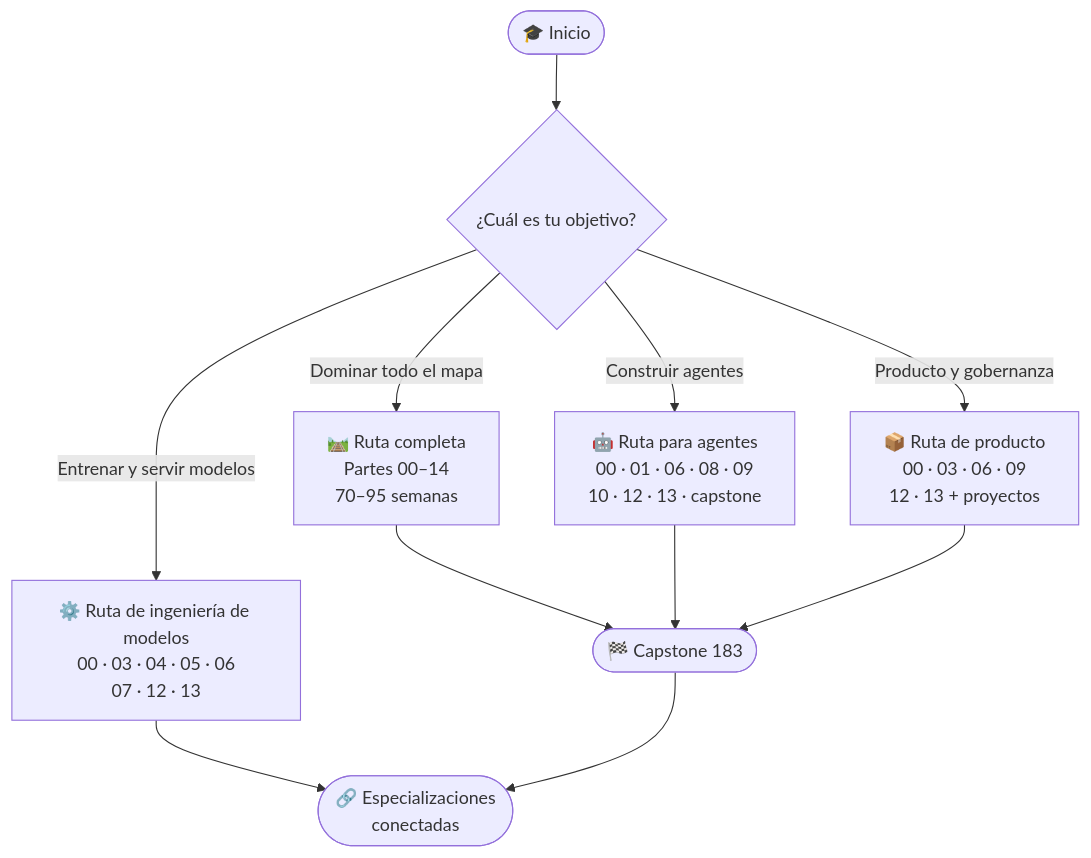
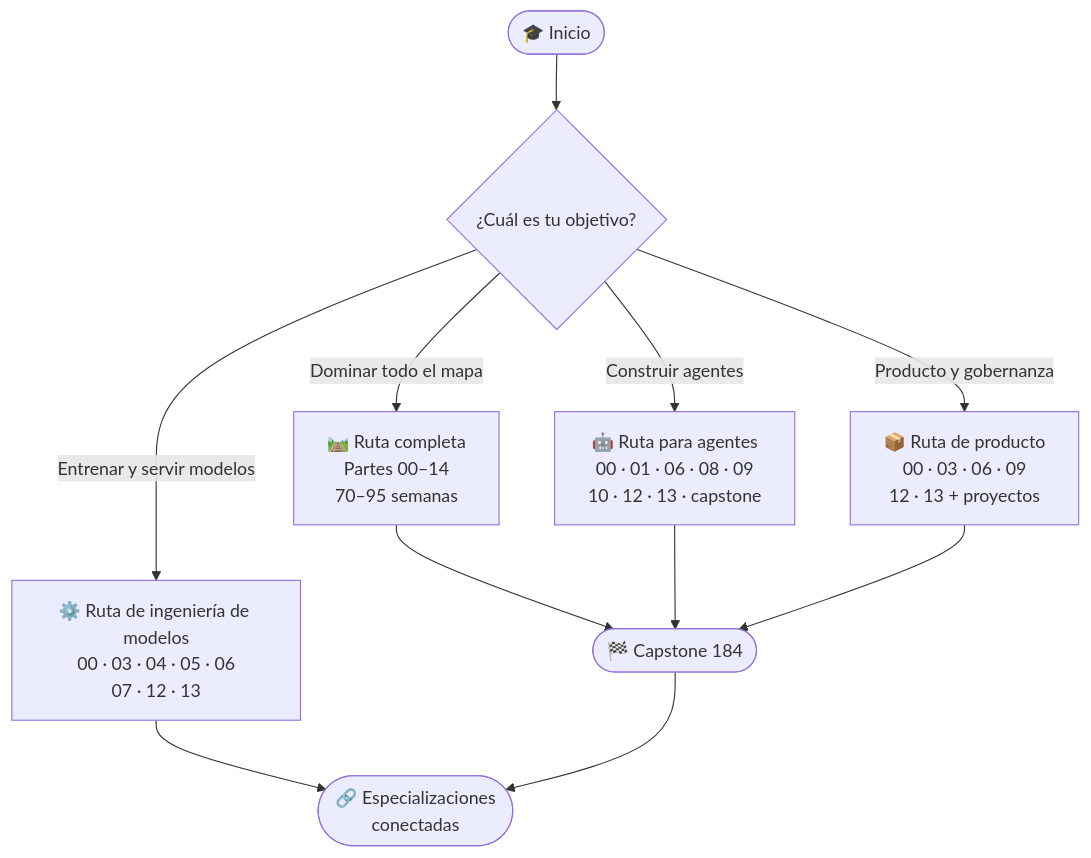
One commit to vladimiracunadev-create/artificial-intelligence-evolution-program changed the diagram in docs/LEARNING_PATH.md. Above: the diagram before and after it, drawn with Mermaid. The commit also changed other lines of this file and 241 other files, not shown here.

````diff
--- a/docs/LEARNING_PATH.md
+++ b/docs/LEARNING_PATH.md
@@ -3,13 +3,13 @@
 ```mermaid
 flowchart TD
     START(["🎓 Inicio"]) --> Q{"¿Cuál es tu objetivo?"}
     Q -->|"Dominar todo el mapa"| FULL["🛤️ Ruta completa<br/>Partes 00–14<br/>70–95 semanas"]
     Q -->|"Construir agentes"| AG["🤖 Ruta para agentes<br/>00 · 01 · 06 · 08 · 09<br/>10 · 12 · 13 · capstone"]
     Q -->|"Entrenar y servir modelos"| MOD["⚙️ Ruta de ingeniería de modelos<br/>00 · 03 · 04 · 05 · 06<br/>07 · 12 · 13"]
     Q -->|"Producto y gobernanza"| PROD["📦 Ruta de producto<br/>00 · 03 · 06 · 09<br/>12 · 13 + proyectos"]
-    FULL --> CAP(["🏁 Capstone 183"])
+    FULL --> CAP(["🏁 Capstone 184"])
     AG --> CAP
     MOD --> SPEC(["🔗 Especializaciones<br/>conectadas"])
     PROD --> CAP
     CAP --> SPEC
 ```
````
